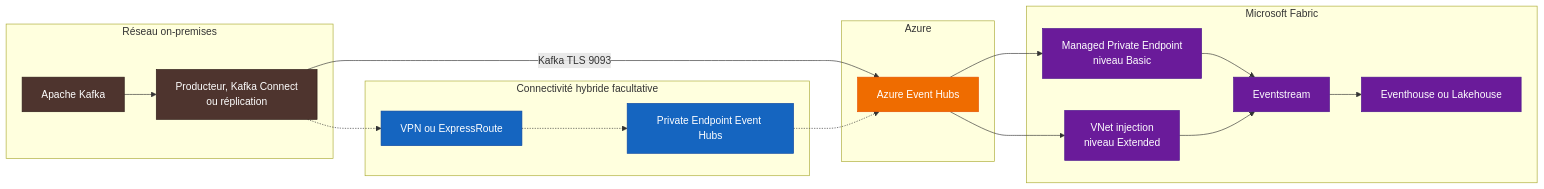
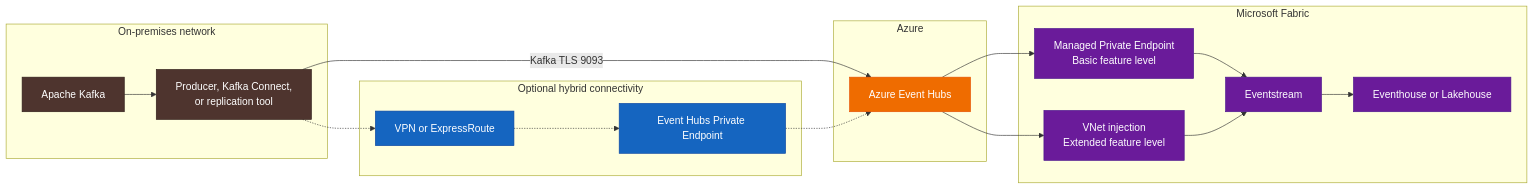
Before and after one commit to fredgis/fabric-foundry-kb: the third of 4 diagrams in markdown/Fabric_OnPrem_Kafka_Connectivity.md, drawn with Mermaid. The commit also changed other lines of this file and 2 other files, not shown here.

Commit message:
Translate Kafka connectivity whitepaper to English

````diff
--- a/markdown/Fabric_OnPrem_Kafka_Connectivity.md
+++ b/markdown/Fabric_OnPrem_Kafka_Connectivity.md
@@ -399,40 +399,40 @@
 ```mermaid
 flowchart LR
-    subgraph OnPrem["Réseau on-premises"]
+    subgraph OnPrem["On-premises network"]
         K["Apache Kafka"]
-        REP["Producteur, Kafka Connect<br/>ou réplication"]
+        REP["Producer, Kafka Connect,<br/>or replication tool"]
     end
 
-    subgraph Hybrid["Connectivité hybride facultative"]
-        ER["VPN ou ExpressRoute"]
-        PE["Private Endpoint Event Hubs"]
+    subgraph Hybrid["Optional hybrid connectivity"]
+        ER["VPN or ExpressRoute"]
+        PE["Event Hubs Private Endpoint"]
     end
 
     subgraph Azure["Azure"]
         EH["Azure Event Hubs"]
     end
 
     subgraph Fabric["Microsoft Fabric"]
-        MPE["Managed Private Endpoint<br/>niveau Basic"]
-        VNET["VNet injection<br/>niveau Extended"]
+        MPE["Managed Private Endpoint<br/>Basic feature level"]
+        VNET["VNet injection<br/>Extended feature level"]
         ES["Eventstream"]
-        DEST["Eventhouse ou Lakehouse"]
+        DEST["Eventhouse or Lakehouse"]
     end
 
     K --> REP
     REP -->|"Kafka TLS 9093"| EH
     REP -.-> ER -.-> PE -.-> EH
     EH --> MPE --> ES
     EH --> VNET --> ES
     ES --> DEST
 
     classDef onprem fill:#4E342E,stroke:#2D1B17,color:#ffffff
     classDef hybrid fill:#1565C0,stroke:#0D47A1,color:#ffffff
     classDef azure fill:#EF6C00,stroke:#E65100,color:#ffffff
     classDef fabric fill:#6A1B9A,stroke:#4A148C,color:#ffffff
 
     class K,REP onprem
     class ER,PE hybrid
     class EH azure
     class MPE,VNET,ES,DEST fabric
 ```
````
